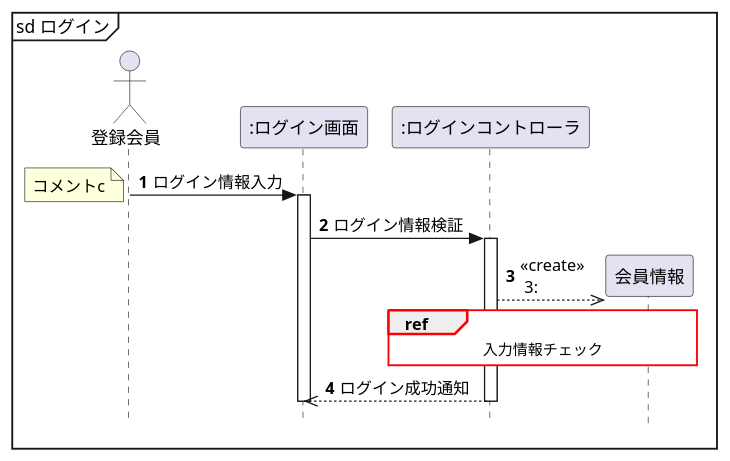
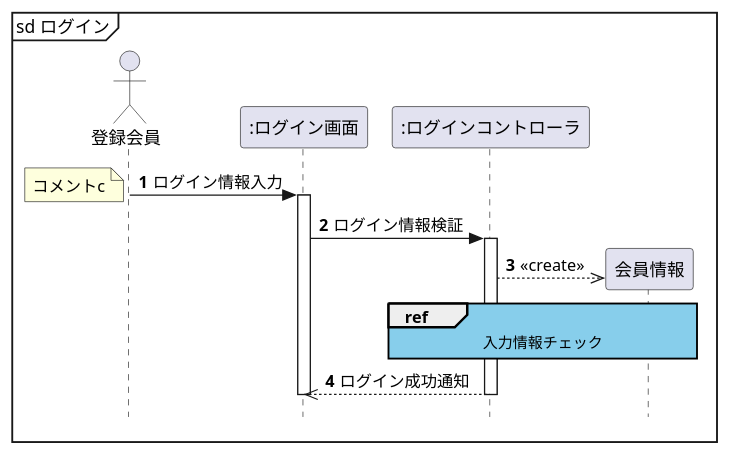
Before and after one commit to hosokawa3217/uml-exercises: the diagram in 図4-6 複合フラグメント[ref].pu, drawn with PlantUML. The commit also changed 20 other files, not shown here.

```diff
--- a/図4-6 複合フラグメント[ref].pu
+++ b/図4-6 複合フラグメント[ref].pu
@@ -1,47 +1,49 @@
-@startuml
+@startuml 図4-6「ref」を使用した例
 hide footbox
 Actor 登録会員 as member
 participant ":ログイン画面" as login
 participant ":ログインコントローラ" as control
-participant "会員情報" as entity
+' participant "会員情報" as entity
 
  'メッセージに自動で番号を降る
  autonumber
 ' 厳密なUMLに準拠する
 skinparam style strictuml
 
 
 ' refの枠線
-skinparam sequenceReferenceBorderColor red
+' skinparam sequenceReferenceBorderColor red
 ' refの背景色
-skinparam sequenceReferenceBackgroundColor white
+skinparam sequenceReferenceBackgroundColor skyblue
 
 ' skinparam sequenceReferenceHeaderBackgroundColor lightblue
 
 
 mainframe sd ログイン
 
 member -> login : ログイン情報入力
     note top
   コメントc
     end note
 activate  login
     login -> control : ログイン情報検証
 
     activate control
-    create entity
-    control -->> entity :<<create>>\n 3:
+
+   
+    create "会員情報" as entity
+    control -->> entity :<<create>>
 
     ref over control, entity
         入力情報チェック
     end ref
 
 
     login <<-- control : ログイン成功通知
        
     deactivate control
 
 deactivate login
    
 
 @enduml
```
